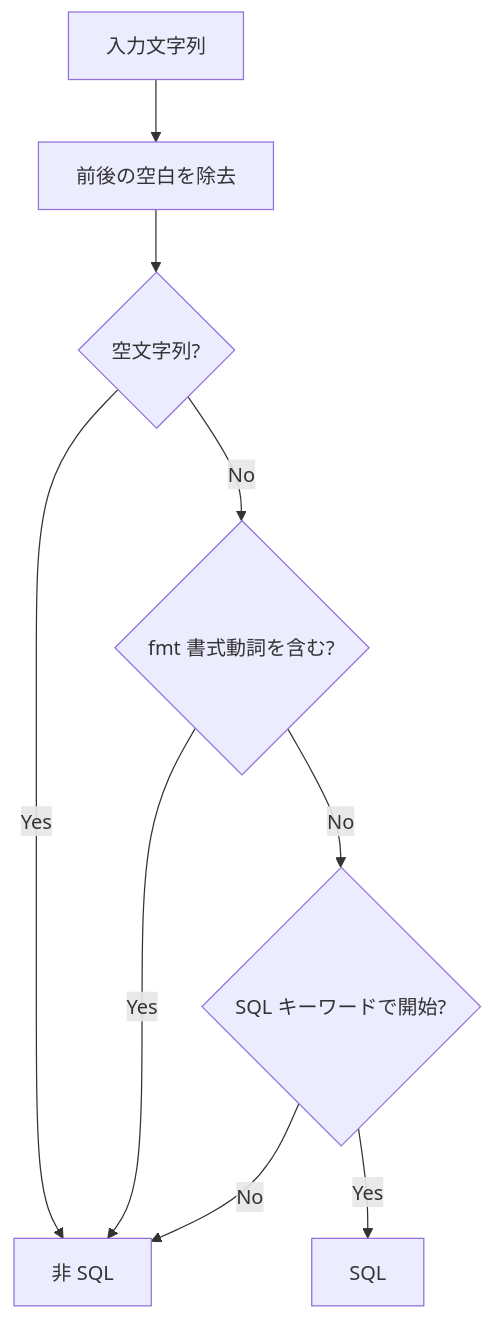
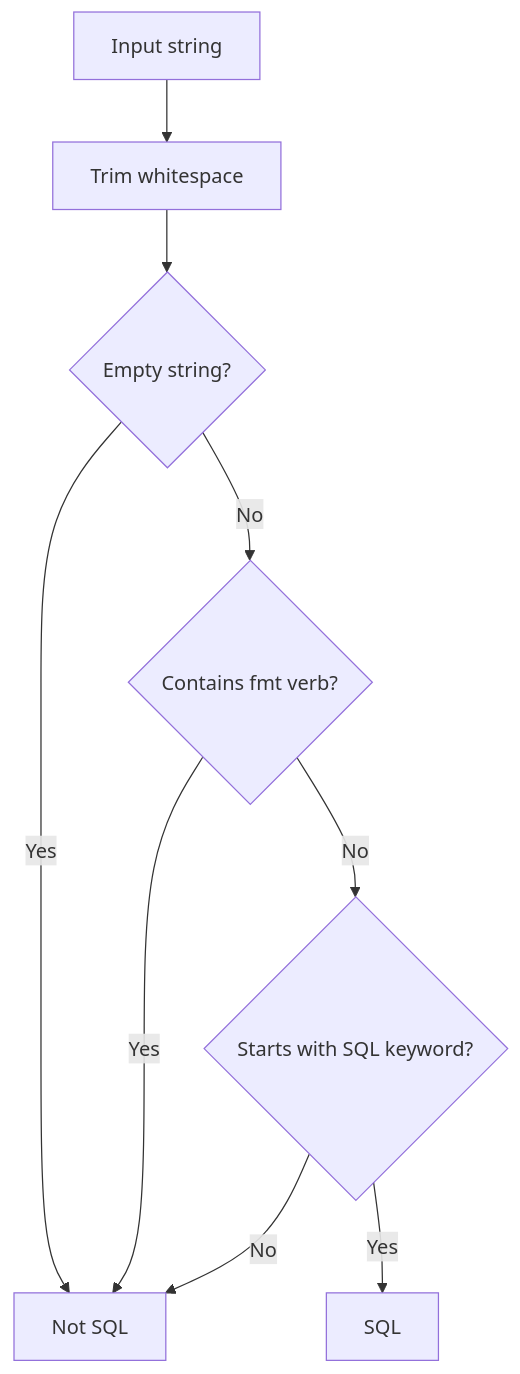
The diagram in docs/detect-spec.md (Eagle-Konbu/sanat), drawn with Mermaid before and after one commit. The commit also changed other lines of this file and 1 other file, not shown here.

````diff
--- a/docs/detect-spec.md
+++ b/docs/detect-spec.md
@@ -7,11 +7,11 @@
 ```mermaid
 flowchart TD
-    A[入力文字列] --> B[前後の空白を除去]
-    B --> C{空文字列?}
-    C -- Yes --> D[非 SQL]
-    C -- No --> E{fmt 書式動詞を含む?}
+    A[Input string] --> B[Trim whitespace]
+    B --> C{Empty string?}
+    C -- Yes --> D[Not SQL]
+    C -- No --> E{Contains fmt verb?}
     E -- Yes --> D
-    E -- No --> F{SQL キーワードで開始?}
+    E -- No --> F{Starts with SQL keyword?}
     F -- Yes --> G[SQL]
     F -- No --> D
 ```
````
